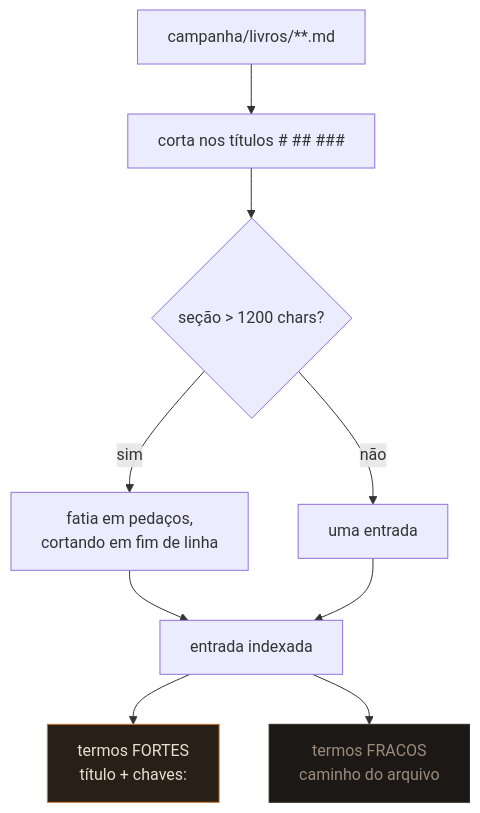
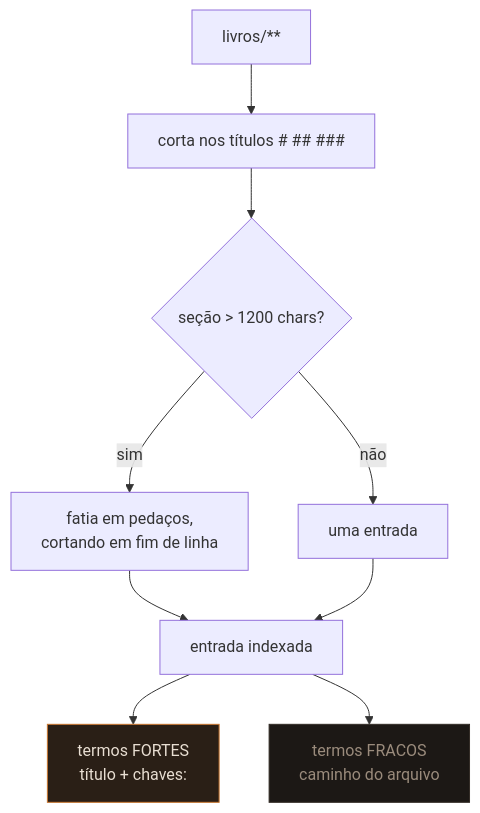
One commit to madeiragab/braseiro changed the second of 2 diagrams in docs/arquitetura.md. Above: the diagram before and after it, drawn with Mermaid. The commit also changed other lines of this file and 15 other files, not shown here.

````diff
--- a/docs/arquitetura.md
+++ b/docs/arquitetura.md
@@ -120,14 +120,14 @@
 ```mermaid
 flowchart TD
-    A["campanha/livros/**.md"] --> B["corta nos títulos # ## ###"]
+    A["livros/**"] --> B["corta nos títulos # ## ###"]
     B --> C{"seção > 1200 chars?"}
     C -->|sim| D["fatia em pedaços,<br/>cortando em fim de linha"]
     C -->|não| E["uma entrada"]
     D --> F
     E --> F["entrada indexada"]
     F --> G["termos FORTES<br/>título + chaves:"]
     F --> H["termos FRACOS<br/>caminho do arquivo"]
 
     style G fill:#2a1f16,stroke:#c9762f,color:#e8ded2
     style H fill:#1c1815,stroke:#332c26,color:#9a8b7c
 ```
````
